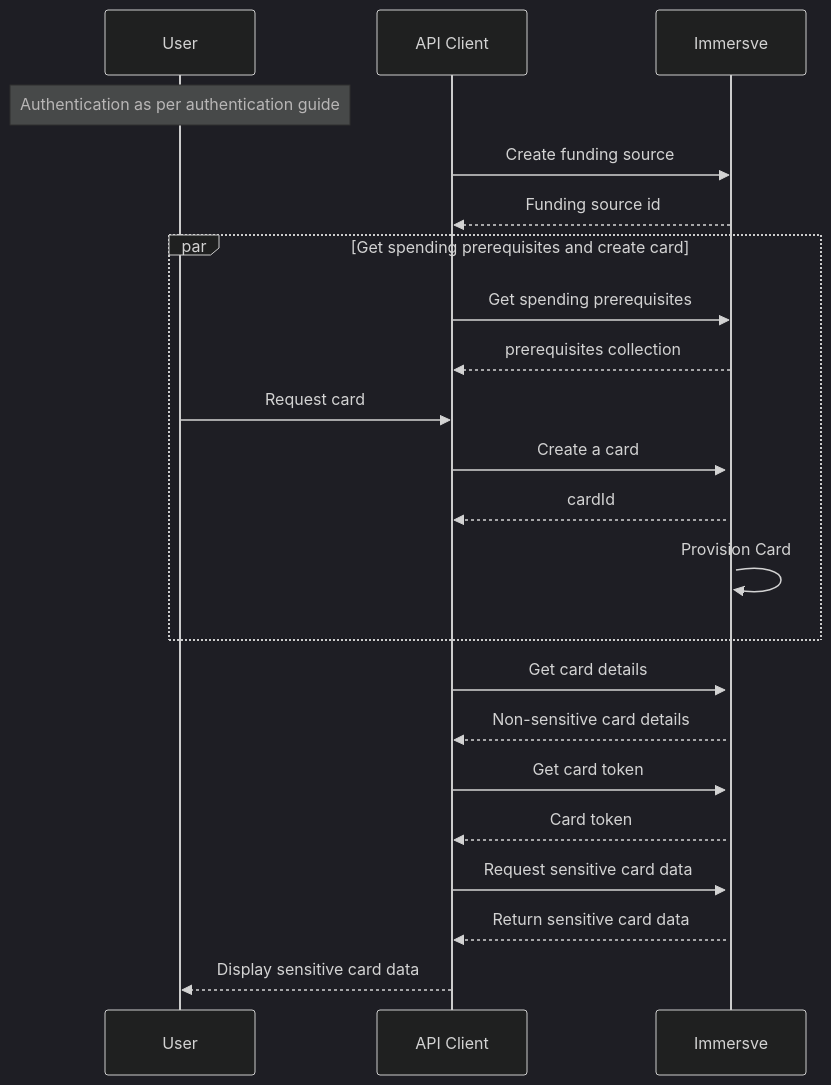
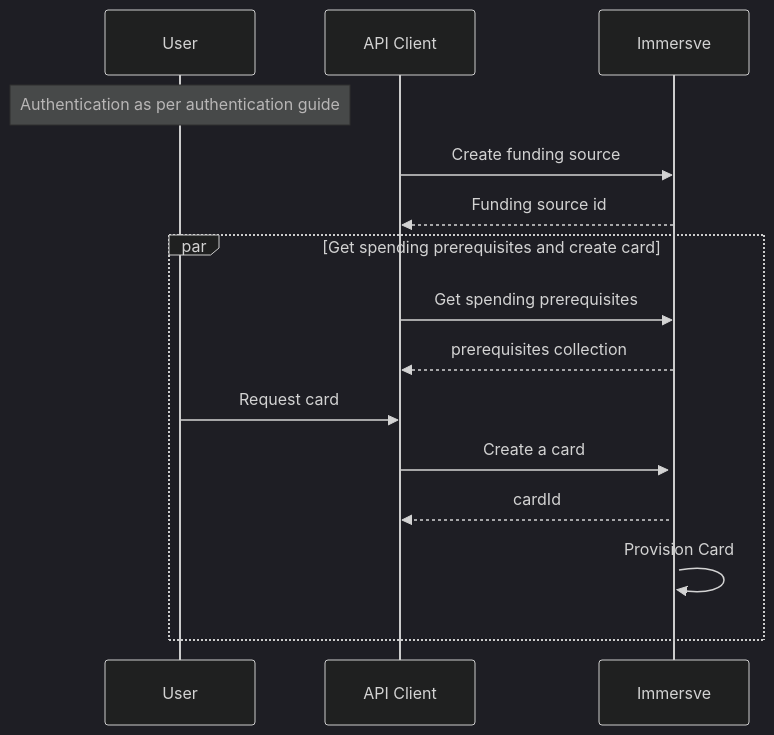
One commit to immersve/immersve-docs changed the diagram in docs/guides/issue-a-virtual-card.md. Above: the diagram before and after it, drawn with Mermaid (dark theme). The commit also changed 2 other files, not shown here.

Commit message:
Update sequence diagrams

````diff
--- a/docs/guides/issue-a-virtual-card.md
+++ b/docs/guides/issue-a-virtual-card.md
@@ -54,25 +54,18 @@
 ```mermaid
 sequenceDiagram
     participant U as User
     participant C as API Client
     participant I as Immersve
     note over U: Authentication as per authentication guide
 
     C->>I: Create funding source
     I-->>C: Funding source id
     par Get spending prerequisites and create card
     C->>I: Get spending prerequisites
     I-->>C: prerequisites collection
     U->>C: Request card
     C->>+I: Create a card
     I-->>C: cardId
     I->>I: Provision Card
     end
-    C->>I: Get card details
-    I-->>C: Non-sensitive card details
-    C->>I: Get card token
-    I-->>C: Card token
-    C->>I: Request sensitive card data
-    I-->>C: Return sensitive card data
-    C-->>U: Display sensitive card data
 ```
````
